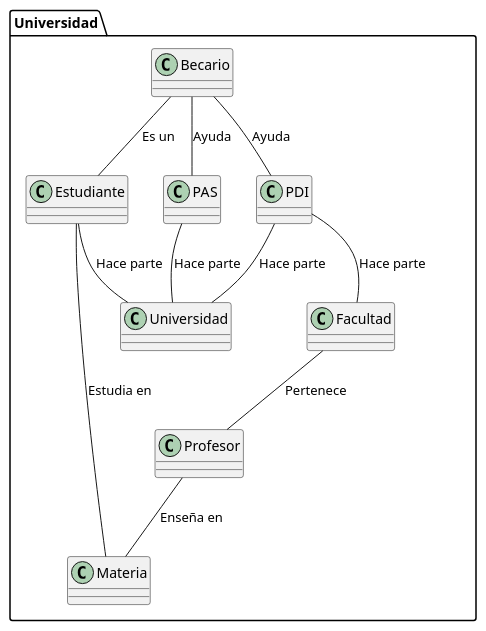
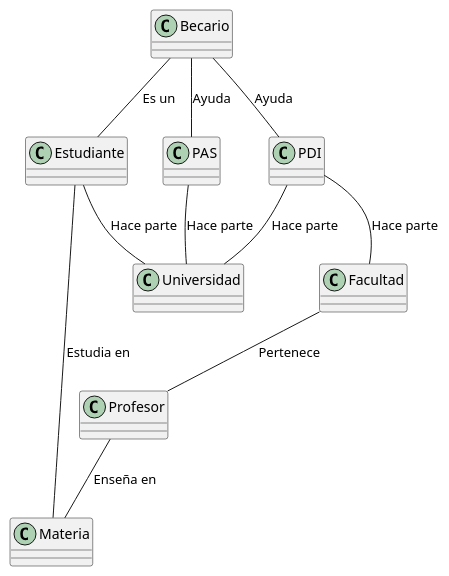
The diagram in entregas/esparragozaVeronika/Universidad.puml (mmasias/23-24-idsw1), drawn with PlantUML before and after one commit. The commit also changed 1 other file, not shown here.

Commit message:
Añadiendo diagrama del reto 01

```diff
--- a/entregas/esparragozaVeronika/Universidad.puml
+++ b/entregas/esparragozaVeronika/Universidad.puml
@@ -1,22 +1,21 @@
 @startuml
-
-package "Universidad" {
 class Profesor
 class Estudiante
 class PDI
 class PAS
 class Becario
 class Universidad
 class Facultad
 class Materia
+
 Estudiante -- Universidad : Hace parte
 Estudiante -- Materia : Estudia en
 Profesor -- Materia : Enseña en
 Becario -- Estudiante : Es un
 PDI -- Facultad : Hace parte
 Facultad -- Profesor : Pertenece
 PAS -- Universidad : Hace parte
 PDI -- Universidad : Hace parte
 Becario -- PDI : Ayuda
 Becario -- PAS : Ayuda
 @enduml
```
